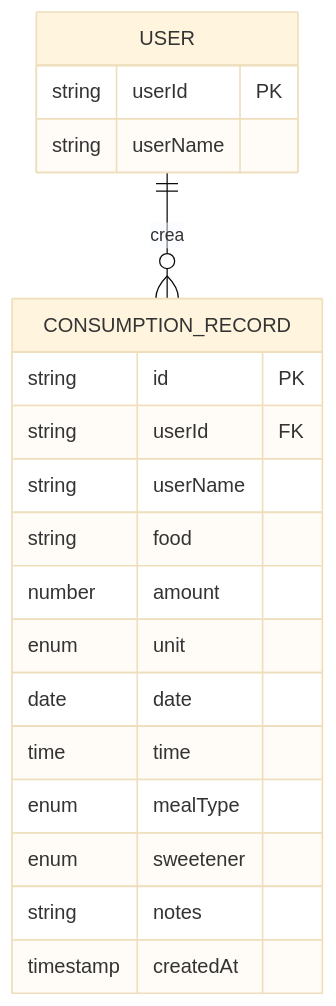
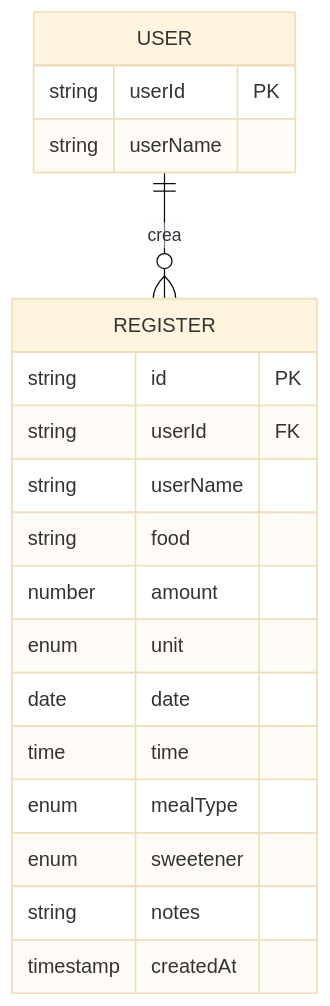
The diagram in src/content/posts/side-project nutritional tracker.md (RadikeCosa/blog-astro), drawn with Mermaid (base theme) before and after one commit. The commit also changed other lines of this file and 10 other files, not shown here.

````diff
--- a/src/content/posts/side-project nutritional tracker.md
+++ b/src/content/posts/side-project nutritional tracker.md
@@ -157,24 +50,22 @@
 ```mermaid
 erDiagram
-    USER ||--o{ CONSUMPTION_RECORD : crea
-
-    USER {
-        string userId PK
-        string userName
-    }
-
-    CONSUMPTION_RECORD {
-        string id PK
-        string userId FK
-        string userName
-        string food
-        number amount
-        enum unit
-        date date
-        time time
-        enum mealType
-        enum sweetener
-        string notes
-        timestamp createdAt
-    }
+  USER ||--o{ REGISTER : "crea"
+  USER {
+    string userId PK
+    string userName
+  }
+  REGISTER {
+    string id PK
+    string userId FK
+    string userName
+    string food
+    number amount
+    enum unit
+    date date
+    time time
+    enum mealType
+    enum sweetener
+    string notes
+    timestamp createdAt
+  }
 ```
````
